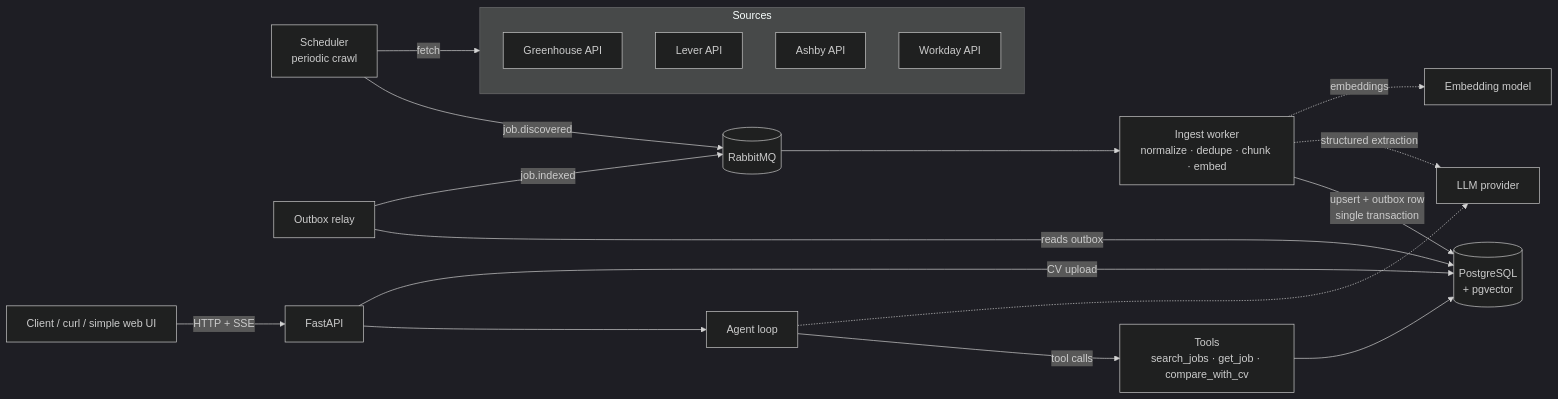
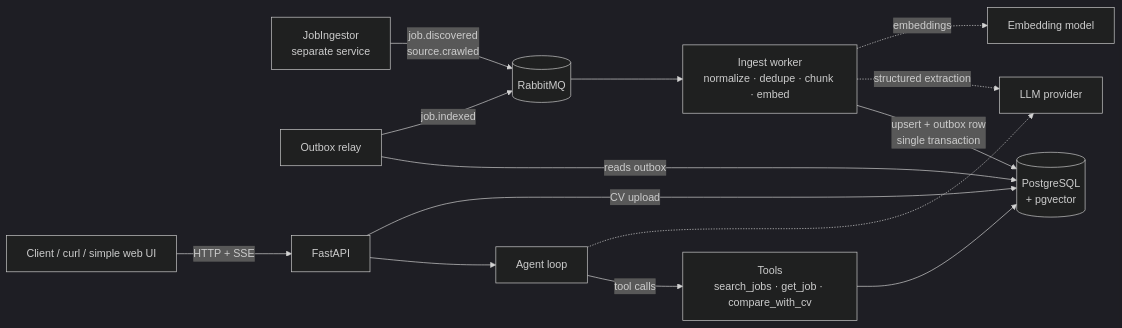
The first of 2 diagrams in JobMatcher/ARCHITECTURE.md (Rauden0/Projects), drawn with Mermaid (dark theme) before and after one commit. The commit also changed other lines of this file and 15 other files, not shown here.

First line of the commit message:
chore: remove legacy scheduler and source adapters

````diff
--- a/JobMatcher/ARCHITECTURE.md
+++ b/JobMatcher/ARCHITECTURE.md
@@ -16,27 +16,19 @@
 ```mermaid
 flowchart LR
-    subgraph Sources
-        GH[Greenhouse API]
-        LV[Lever API]
-        AS[Ashby API]
-        WD[Workday API]
-    end
-
-    SCH[Scheduler<br/>periodic crawl] -->|fetch| Sources
-    SCH -->|job.discovered| MQ[(RabbitMQ)]
+    ING[JobIngestor<br/>separate service] -->|job.discovered<br/>source.crawled| MQ[(RabbitMQ)]
 
     MQ --> W[Ingest worker<br/>normalize · dedupe · chunk · embed]
     W -->|upsert + outbox row<br/>single transaction| PG[(PostgreSQL<br/>+ pgvector)]
     W -.->|structured extraction| LLM[LLM provider]
     W -.->|embeddings| EMB[Embedding model]
 
     REL[Outbox relay] -->|reads outbox| PG
     REL -->|job.indexed| MQ
 
     UI[Client / curl / simple web UI] -->|HTTP + SSE| API[FastAPI]
     API --> AG[Agent loop]
     AG -->|tool calls| T[Tools<br/>search_jobs · get_job · compare_with_cv]
     T --> PG
     AG -.-> LLM
     API -->|CV upload| PG
 ```
````
